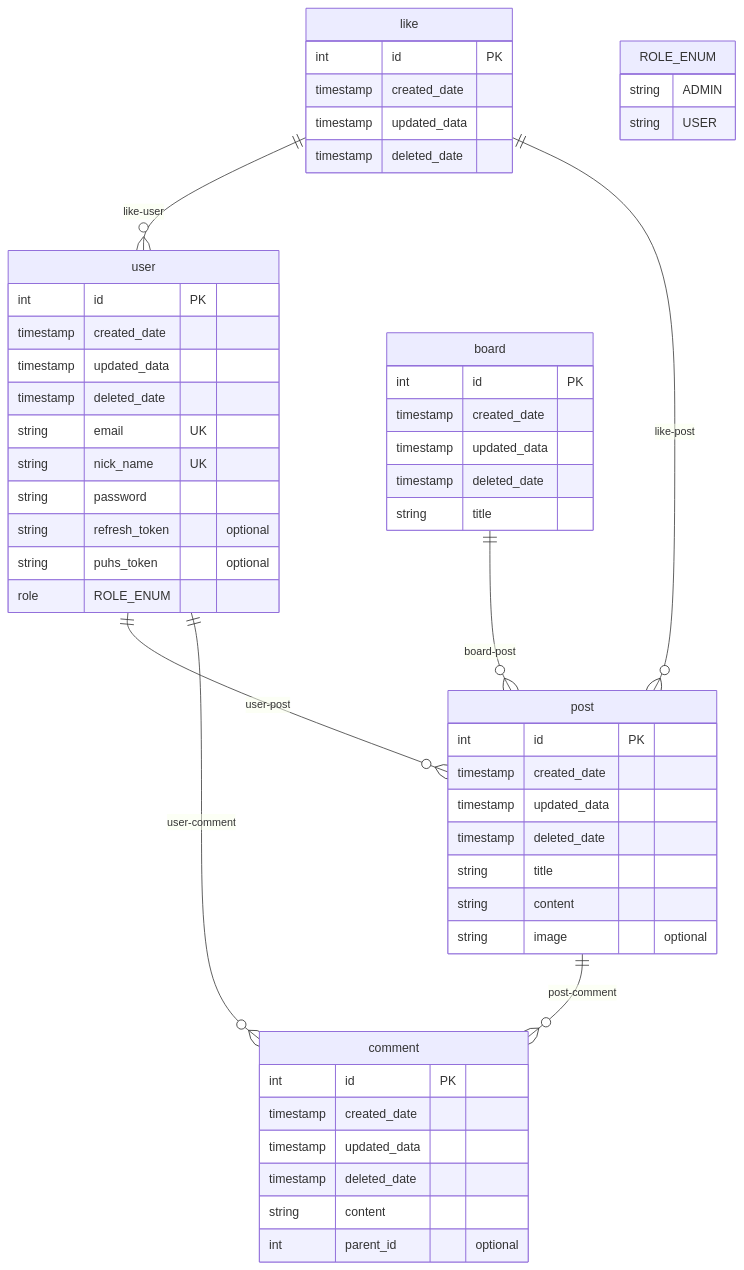
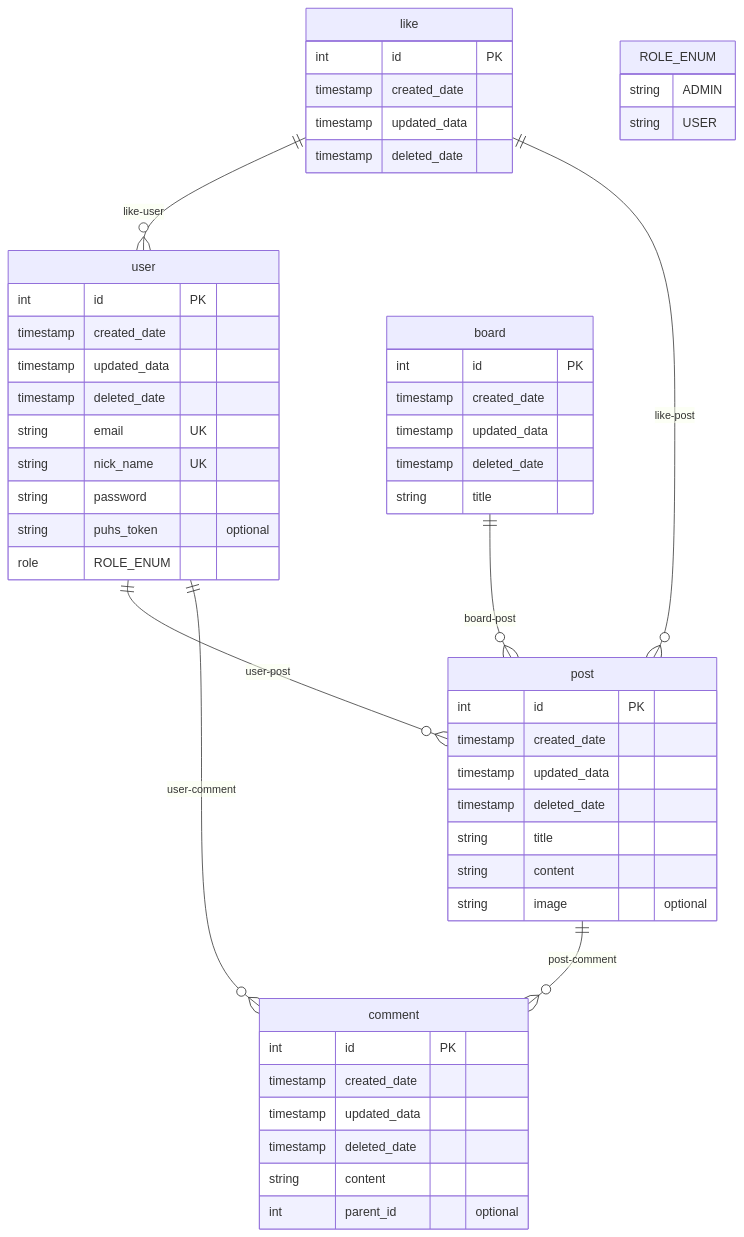
One commit to application-fullstack-project/server changed the diagram in erd.md. Above: the diagram before and after it, drawn with Mermaid. The commit also changed 8 other files, not shown here.

````diff
--- a/erd.md
+++ b/erd.md
@@ -1,55 +1,54 @@
 ```mermaid
 erDiagram
 user {
     int id PK
     timestamp created_date
     timestamp updated_data
     timestamp deleted_date
     string email UK 
     string nick_name UK
     string password
-    string refresh_token "optional"
     string puhs_token "optional"
     role ROLE_ENUM
 }
 post {
     int id PK
     timestamp created_date
     timestamp updated_data
     timestamp deleted_date
     string title
     string content
     string image "optional"
 }
 board {
     int id PK
     timestamp created_date
     timestamp updated_data
     timestamp deleted_date
     string title
 }
 like {
     int id PK
     timestamp created_date
     timestamp updated_data
     timestamp deleted_date
 }
 comment {
     int id PK
     timestamp created_date
     timestamp updated_data
     timestamp deleted_date
     string content
     int parent_id "optional"
 }
 ROLE_ENUM {
     string ADMIN
     string USER
 }
 user ||--o{ post : user-post
 board ||--o{ post : board-post
 like ||--o{ user : like-user
 like ||--o{ post : like-post
 post ||--o{ comment : post-comment
 user ||--o{ comment : user-comment
 ```
````
